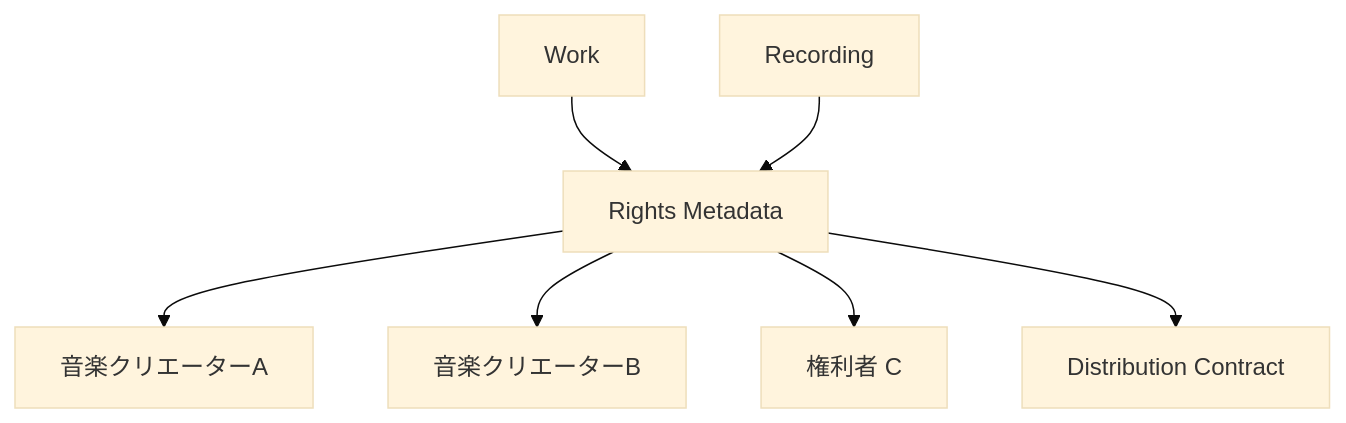
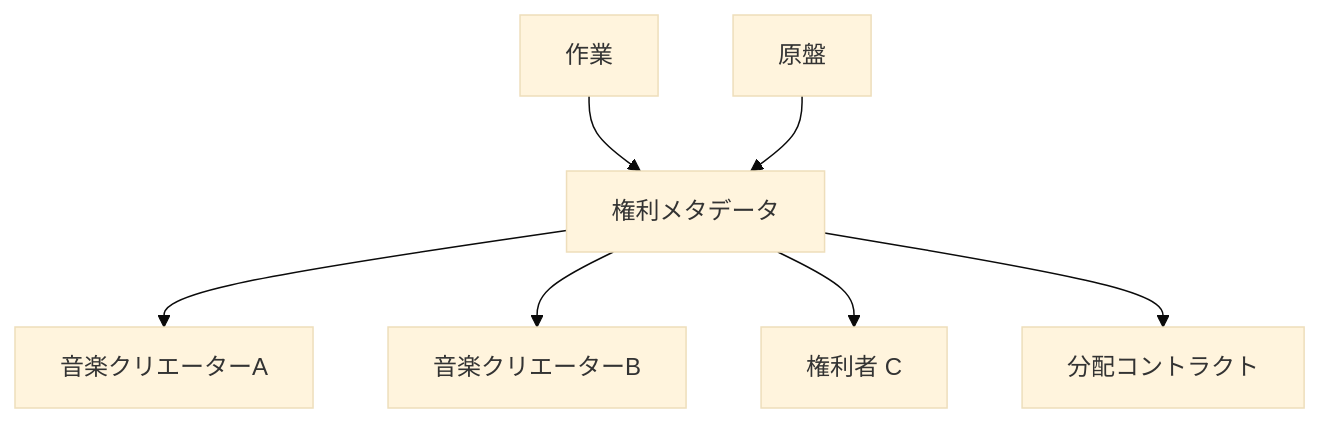
Before and after one commit to ShigeichiroYamasaki/creator-first-platform: the fifth of 43 diagrams in docs/whitepaper/09-technology.md, drawn with Mermaid (base theme). The commit also changed other lines of this file and 72 other files, not shown here.

````diff
--- a/docs/whitepaper/09-technology.md
+++ b/docs/whitepaper/09-technology.md
@@ -202,15 +202,15 @@
 ```mermaid
 flowchart TD
-    WORK[Work]
-    RECORDING[Recording]
-    RIGHTS[Rights Metadata]
+    WORK[作業]
+    RECORDING[原盤]
+    RIGHTS[権利メタデータ]
 
     WORK --> RIGHTS
     RECORDING --> RIGHTS
 
     RIGHTS --> A[音楽クリエーターA]
     RIGHTS --> B[音楽クリエーターB]
     RIGHTS --> C[権利者 C]
 
-    RIGHTS --> CONTRACT[Distribution Contract]
+    RIGHTS --> CONTRACT[分配コントラクト]
 ```
````
